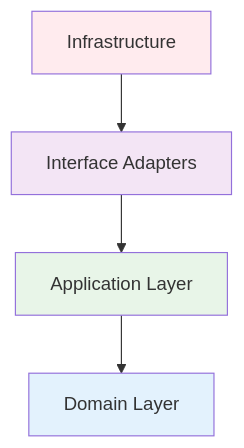
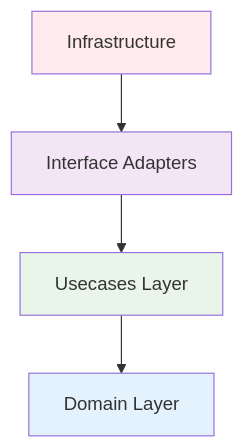
Before and after one commit to kulapoo/pomotoro: the second of 2 diagrams in .claude/agents/systems-architect.md, drawn with Mermaid. The commit also changed other lines of this file and 57 other files, not shown here.

````diff
--- a/.claude/agents/systems-architect.md
+++ b/.claude/agents/systems-architect.md
@@ -83,16 +83,16 @@
 ``` mermaid
 flowchart TD
     A[Infrastructure]
     B[Interface Adapters]
-    C[Application Layer]
+    C[Usecases Layer]
     D[Domain Layer]
 
     A --> B
     B --> C
     C --> D
 
     style A fill:#ffebee
     style B fill:#f3e5f5
     style C fill:#e8f5e8
     style D fill:#e3f2fd
 ```
````
